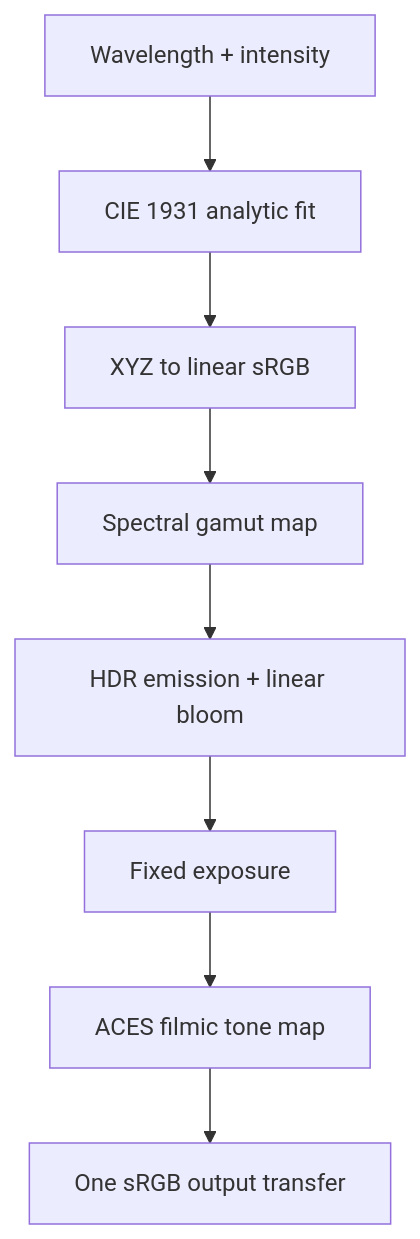
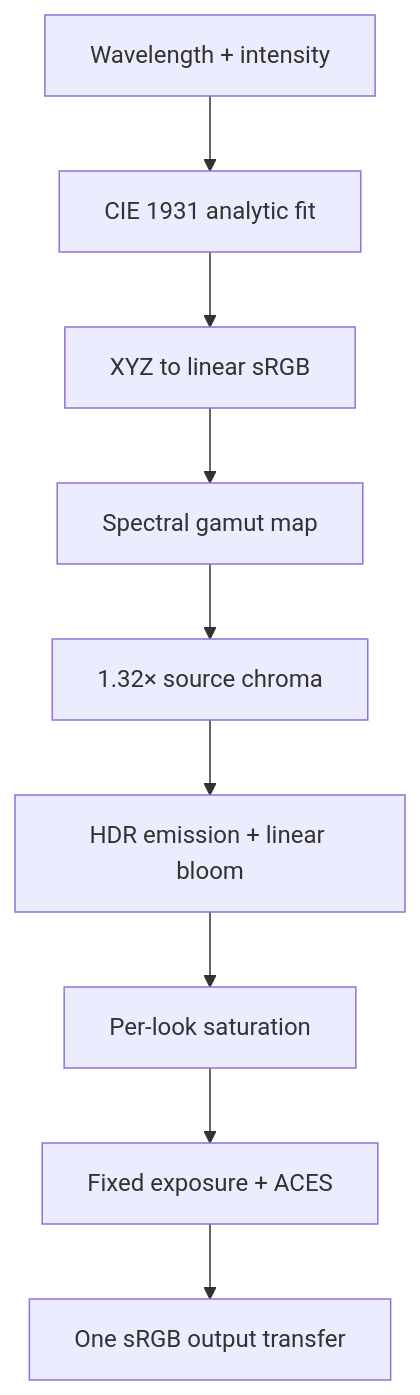
Before and after one commit to coobytron/vector-sim: the diagram in docs/P03-SPECTRAL-COLOR.md, drawn with Mermaid. The commit also changed other lines of this file and 22 other files, not shown here.

````diff
--- a/docs/P03-SPECTRAL-COLOR.md
+++ b/docs/P03-SPECTRAL-COLOR.md
@@ -11,10 +11,11 @@
 ```mermaid
 flowchart TD
   A[Wavelength + intensity] --> B[CIE 1931 analytic fit]
   B --> C[XYZ to linear sRGB]
   C --> D[Spectral gamut map]
-  D --> E[HDR emission + linear bloom]
-  E --> F[Fixed exposure]
-  F --> G[ACES filmic tone map]
-  G --> H[One sRGB output transfer]
+  D --> E[1.32× source chroma]
+  E --> F[HDR emission + linear bloom]
+  F --> G[Per-look saturation]
+  G --> H[Fixed exposure + ACES]
+  H --> I[One sRGB output transfer]
 ```
````
